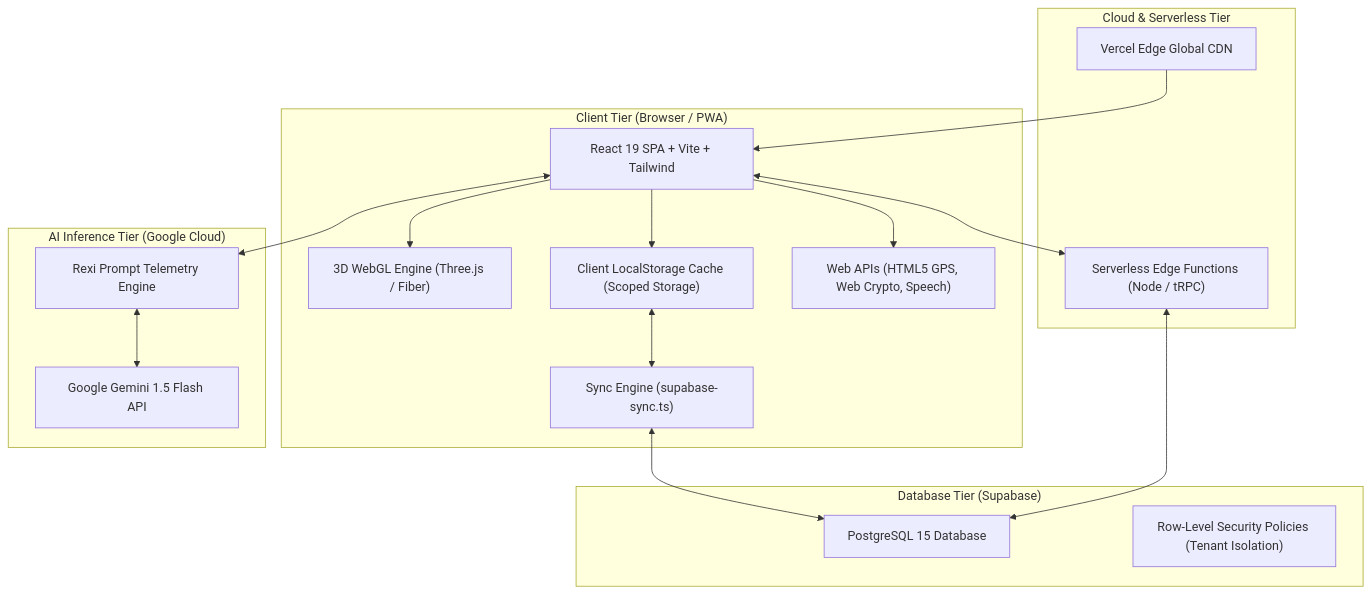
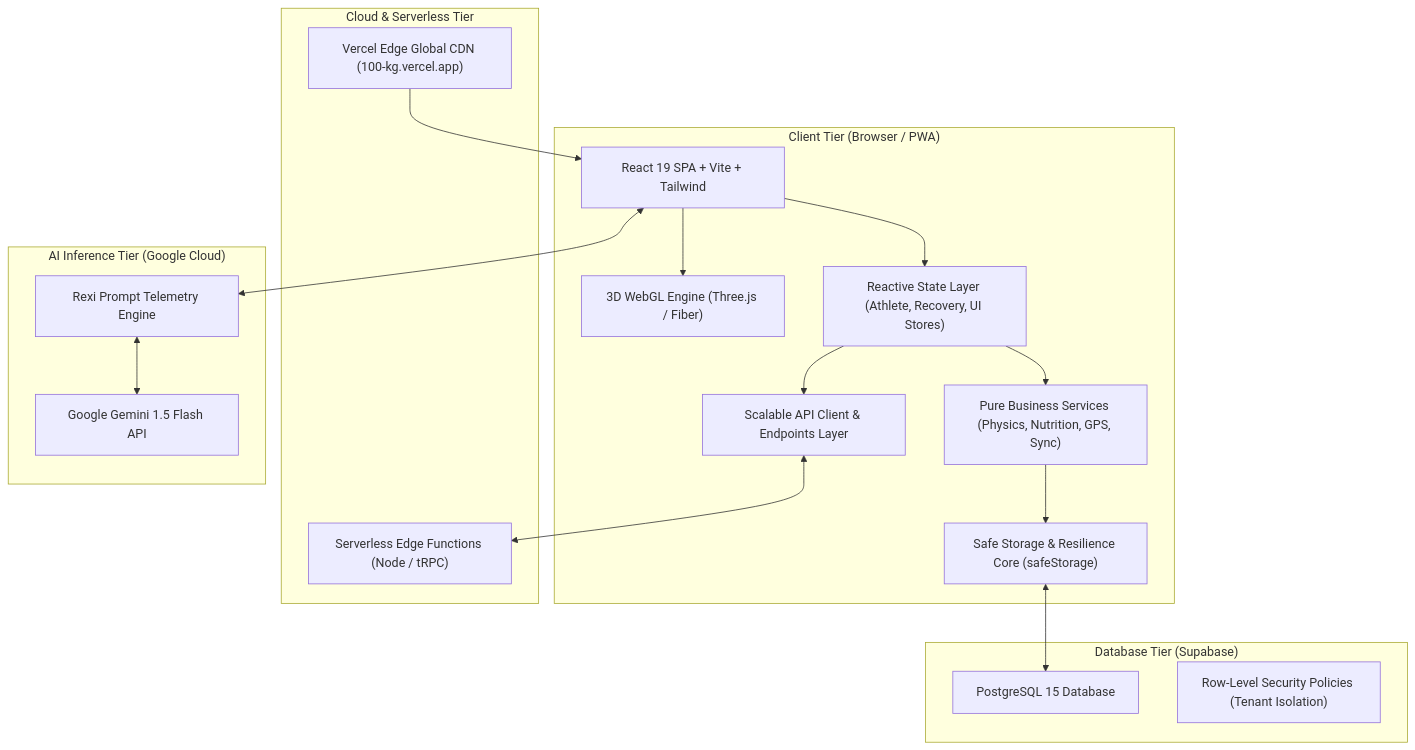
The first of 2 diagrams in ARCHITECTURE.md (ANIKETCHAND/100KG), drawn with Mermaid before and after one commit. The commit also changed other lines of this file and 49 other files, not shown here.

Commit message:
refactor: clean modular architecture, pure services, reactive state stores, safe storage, and scalable API

````diff
--- a/ARCHITECTURE.md
+++ b/ARCHITECTURE.md
@@ -11,36 +11,37 @@
 ```mermaid
 graph TD
     subgraph Client Layer ["Client Tier (Browser / PWA)"]
         UI["React 19 SPA + Vite + Tailwind"]
         Canvas3D["3D WebGL Engine (Three.js / Fiber)"]
-        LocalStore["Client LocalStorage Cache (Scoped Storage)"]
-        Sensors["Web APIs (HTML5 GPS, Web Crypto, Speech)"]
-        SyncEngine["Sync Engine (supabase-sync.ts)"]
+        StateStores["Reactive State Layer (Athlete, Recovery, UI Stores)"]
+        PureServices["Pure Business Services (Physics, Nutrition, GPS, Sync)"]
+        SafeStore["Safe Storage & Resilience Core (safeStorage)"]
+        ApiLayer["Scalable API Client & Endpoints Layer"]
     end
 
     subgraph Cloud Infrastructure ["Cloud & Serverless Tier"]
-        Vercel["Vercel Edge Global CDN"]
+        Vercel["Vercel Edge Global CDN (100-kg.vercel.app)"]
         ServerlessAPI["Serverless Edge Functions (Node / tRPC)"]
     end
 
     subgraph Database Layer ["Database Tier (Supabase)"]
         PostgreSQL["PostgreSQL 15 Database"]
         RLS["Row-Level Security Policies (Tenant Isolation)"]
     end
 
     subgraph AI Intelligence Layer ["AI Inference Tier (Google Cloud)"]
         Gemini["Google Gemini 1.5 Flash API"]
         RexiEngine["Rexi Prompt Telemetry Engine"]
     end
 
+    UI --> StateStores
+    StateStores --> PureServices
+    PureServices --> SafeStore
+    StateStores --> ApiLayer
+    ApiLayer <--> ServerlessAPI
+    SafeStore <--> PostgreSQL
     UI --> Canvas3D
-    UI --> Sensors
-    UI --> LocalStore
-    LocalStore <--> SyncEngine
-    SyncEngine <--> PostgreSQL
-    UI <--> ServerlessAPI
-    ServerlessAPI <--> PostgreSQL
     UI <--> RexiEngine
     RexiEngine <--> Gemini
     Vercel --> UI
 ```
````
